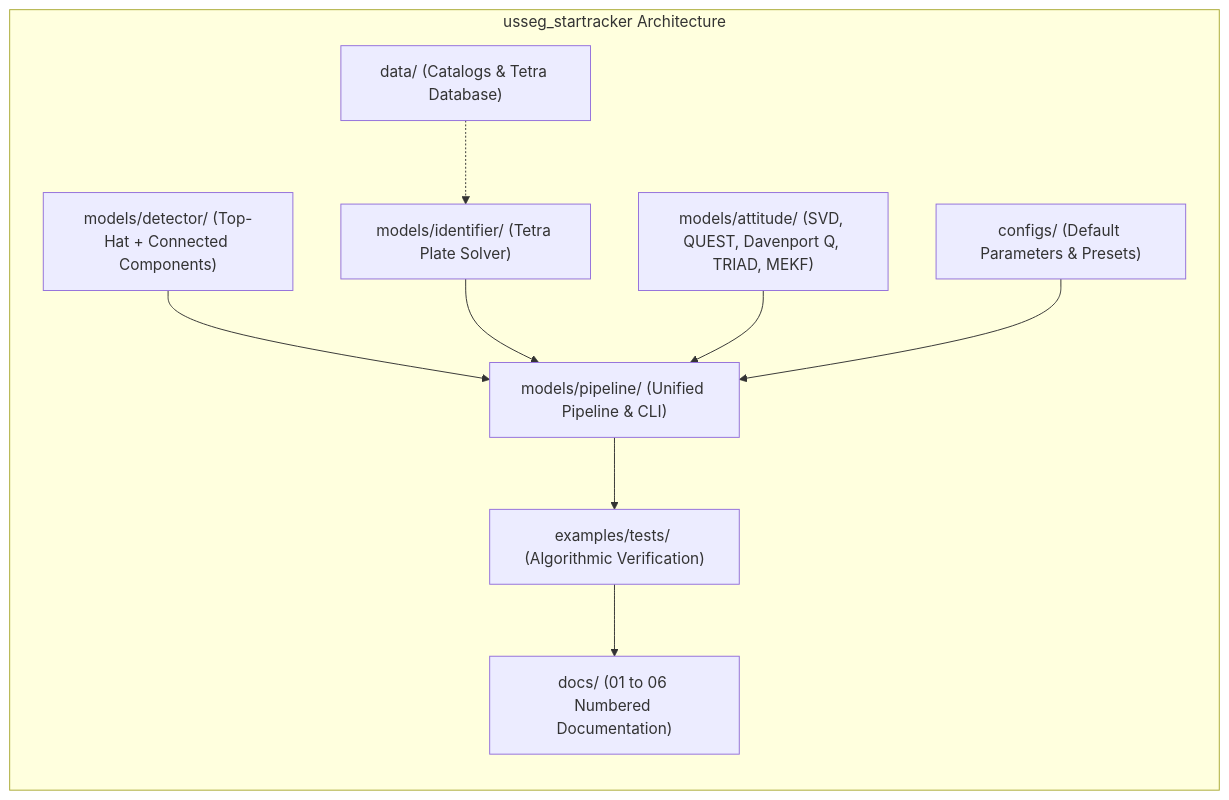
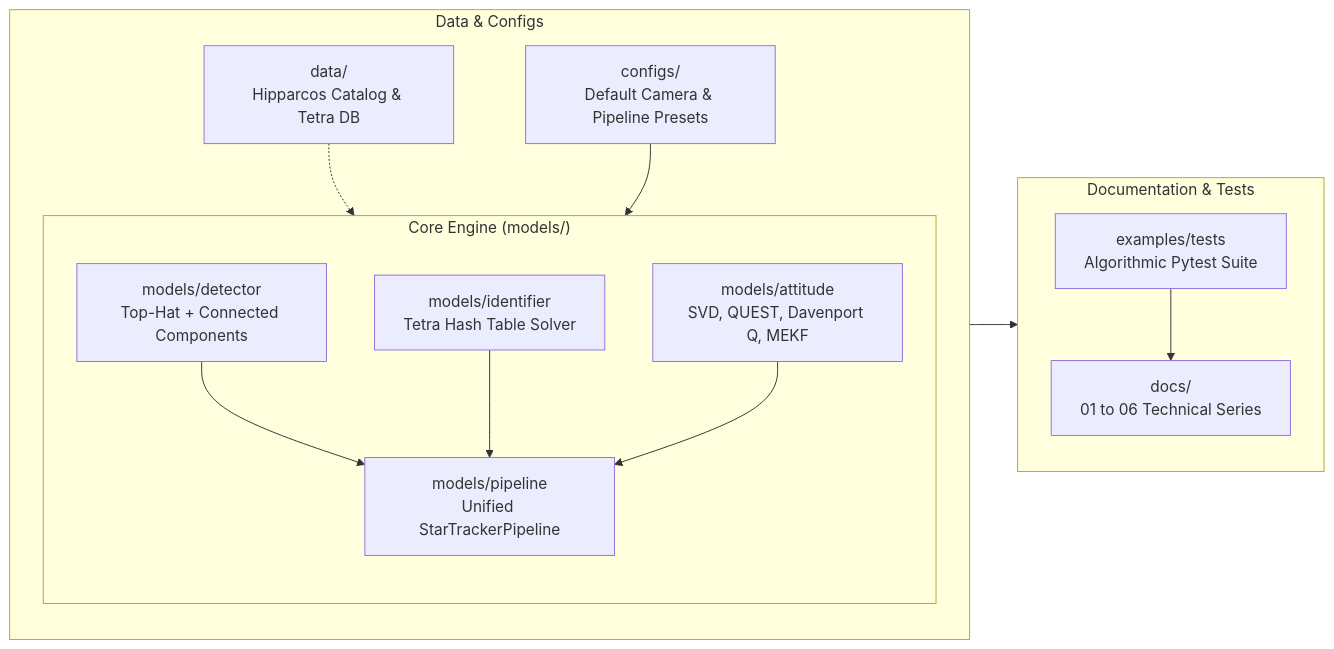
The fourth of 4 diagrams in docs/01_system_architecture.md (itschnmy/usseg_startracker), drawn with Mermaid before and after one commit. The commit also changed other lines of this file and 2 other files, not shown here.

Commit message:
refactor(docs): standardize all mermaid diagrams to high-performance graph LR/TD syntax with balanced layout and zero parse failure

````diff
--- a/docs/01_system_architecture.md
+++ b/docs/01_system_architecture.md
@@ -162,22 +193,29 @@
 ```mermaid
-flowchart TD
-    subgraph Repo["usseg_startracker Architecture"]
+graph LR
+    subgraph M_CORE["Core Engine (models/)"]
         direction TB
-        CORE["models/attitude/ (SVD, QUEST, Davenport Q, TRIAD, MEKF)"]
-        DET["models/detector/ (Top-Hat + Connected Components)"]
-        ID["models/identifier/ (Tetra Plate Solver)"]
-        PIPE["models/pipeline/ (Unified Pipeline & CLI)"]
-        CONFIG["configs/ (Default Parameters & Presets)"]
-        DATA["data/ (Catalogs & Tetra Database)"]
-        DOCS["docs/ (01 to 06 Numbered Documentation)"]
-        TESTS["examples/tests/ (Algorithmic Verification)"]
+        M_DET["models/detector<br/>Top-Hat + Connected Components"]
+        M_ID["models/identifier<br/>Tetra Hash Table Solver"]
+        M_ATT["models/attitude<br/>SVD, QUEST, Davenport Q, MEKF"]
+        M_PIPE["models/pipeline<br/>Unified StarTrackerPipeline"]
+        M_DET --> M_PIPE
+        M_ID --> M_PIPE
+        M_ATT --> M_PIPE
     end
 
-    DET --> PIPE
-    ID --> PIPE
-    CORE --> PIPE
-    CONFIG --> PIPE
-    DATA -.-> ID
-    PIPE --> TESTS
-    TESTS --> DOCS
+    subgraph M_DATA["Data & Configs"]
+        direction TB
+        M_CONF["configs/<br/>Default Camera & Pipeline Presets"]
+        M_CAT["data/<br/>Hipparcos Catalog & Tetra DB"]
+        M_CONF --> M_CORE
+        M_CAT -.-> M_ID
+    end
+
+    subgraph M_OUT["Documentation & Tests"]
+        direction TB
+        M_TEST["examples/tests<br/>Algorithmic Pytest Suite"]
+        M_DOCS["docs/<br/>01 to 06 Technical Series"]
+        M_PIPE --> M_TEST
+        M_TEST --> M_DOCS
+    end
 ```
````
